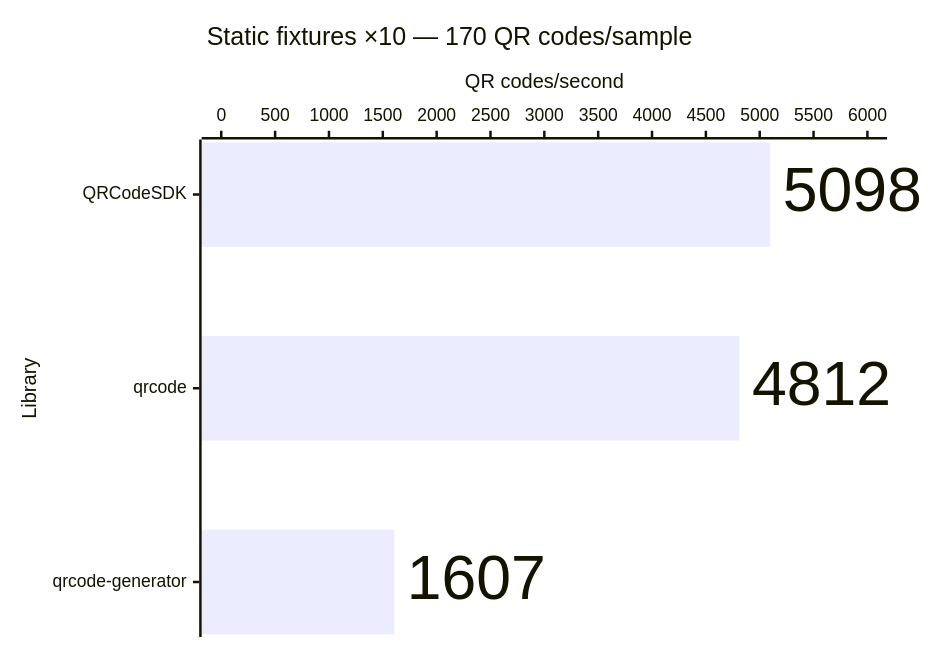
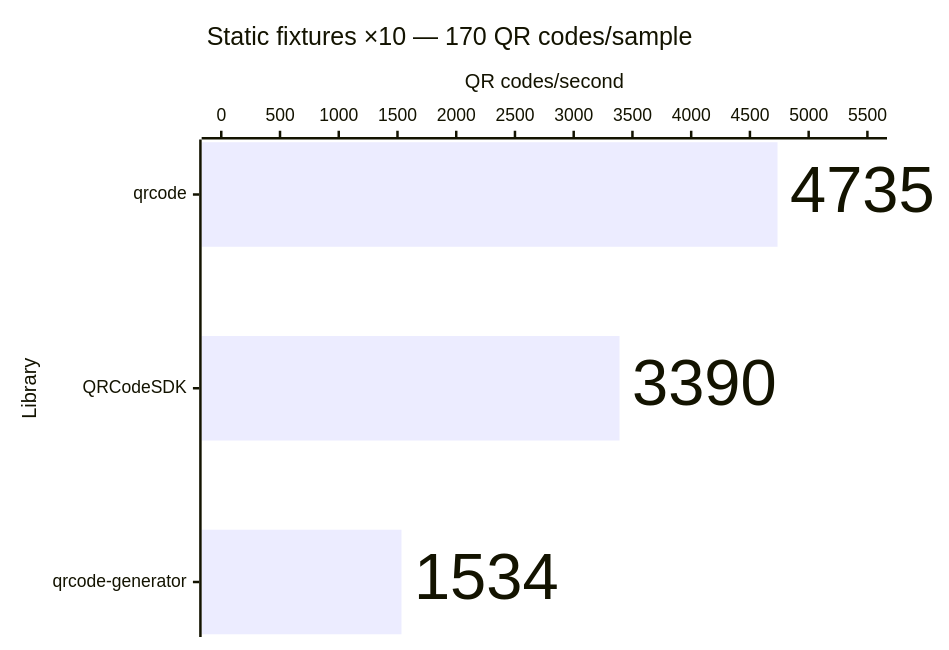
The ninth of 14 diagrams in apps/docs/src/content/docs/learn/performance.md (Dafnik/qrcodesdk), drawn with Mermaid before and after one commit. The commit also changed other lines of this file and 75 other files, not shown here.

````diff
--- a/apps/docs/src/content/docs/learn/performance.md
+++ b/apps/docs/src/content/docs/learn/performance.md
@@ -198,15 +198,15 @@
 ```mermaid
 ---
 config:
   xyChart:
     showDataLabel: true
     showDataLabelOutsideBar: true
 ---
 xychart horizontal
   accTitle: SVG generation: Static fixtures ×10 — 170 QR codes/sample
-  accDescr: Throughput calculated from median time. QRCodeSDK 5,098 QR codes per second, qrcode 4,812 QR codes per second, qrcode-generator 1,607 QR codes per second. Higher is better.
+  accDescr: Throughput calculated from median time. qrcode 4,735 QR codes per second, QRCodeSDK 3,390 QR codes per second, qrcode-generator 1,534 QR codes per second. Higher is better.
   title "Static fixtures ×10 — 170 QR codes/sample"
-  x-axis "Library" ["QRCodeSDK", "qrcode", "qrcode-generator"]
-  y-axis "QR codes/second" 0 --> 6000
-  bar [5098, 4812, 1607]
+  x-axis "Library" ["qrcode", "QRCodeSDK", "qrcode-generator"]
+  y-axis "QR codes/second" 0 --> 5500
+  bar [4735, 3390, 1534]
 ```
````
